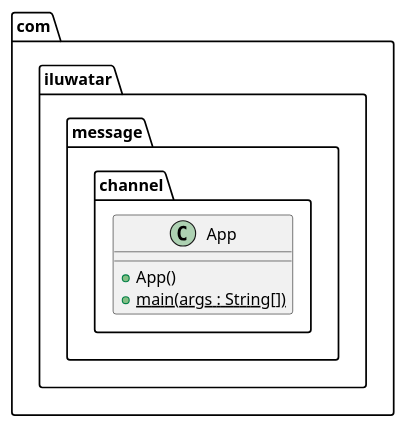
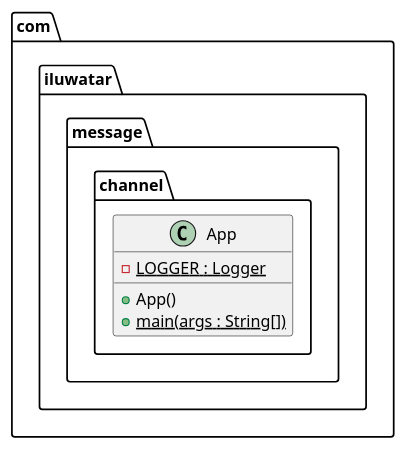
One commit to NatalieSty/java-design-patterns changed the diagram in message-channel/etc/message-channel.urm.puml. Above: the diagram before and after it, drawn with PlantUML. The commit also changed 84 other files, not shown here.

```diff
--- a/message-channel/etc/message-channel.urm.puml
+++ b/message-channel/etc/message-channel.urm.puml
@@ -1,8 +1,9 @@
 @startuml
 package com.iluwatar.message.channel {
   class App {
+    - LOGGER : Logger {static}
     + App()
     + main(args : String[]) {static}
   }
 }
 @enduml
```
